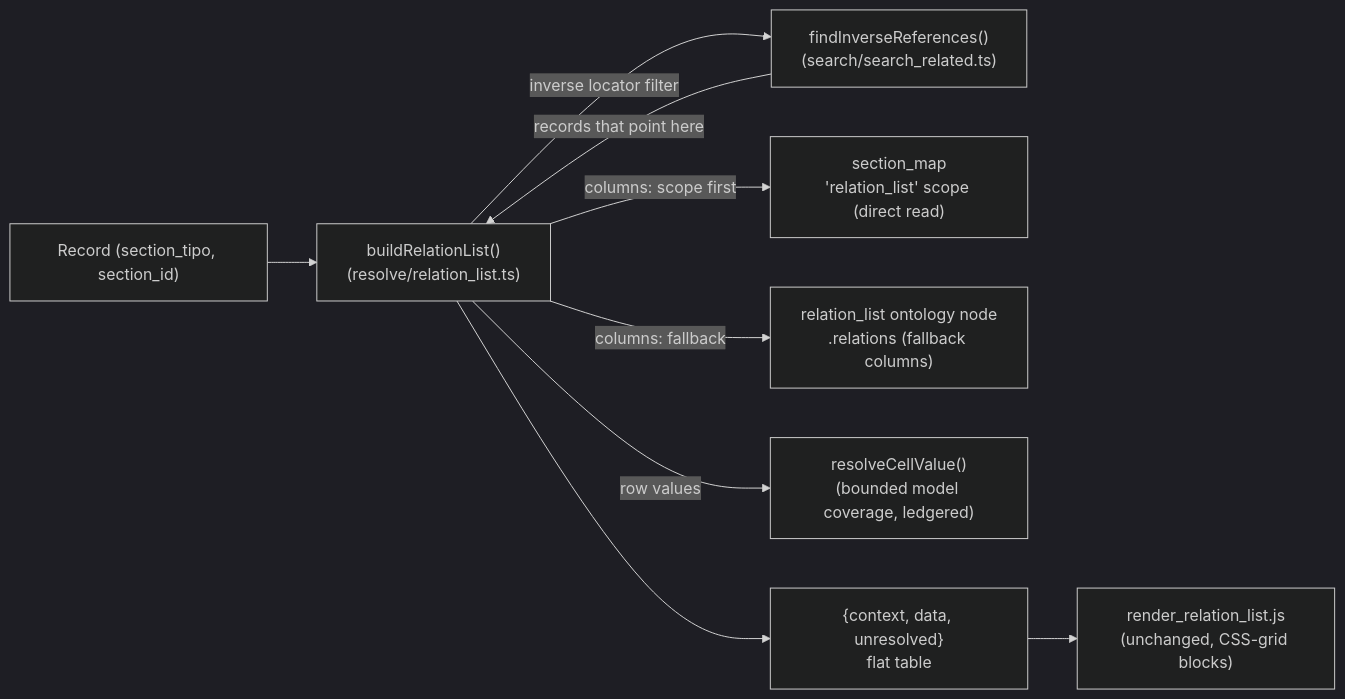
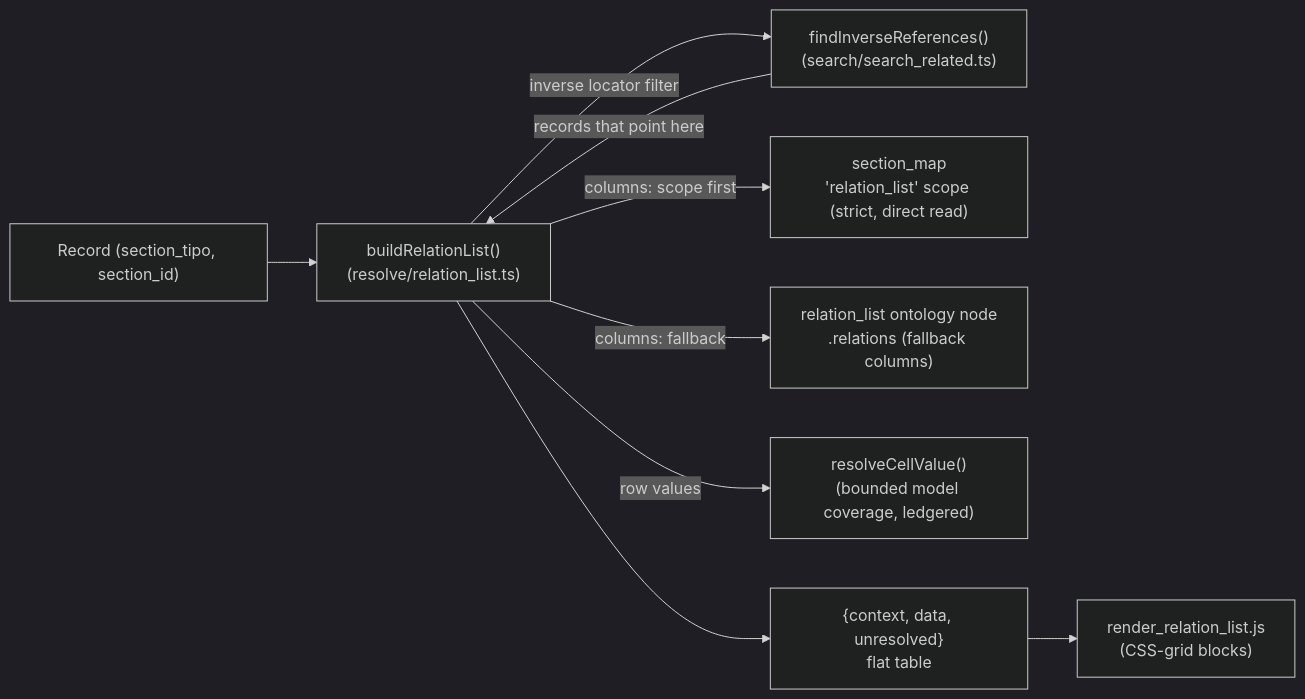
Before and after one commit to renderpci/dedalo: the diagram in docs/core/ontology/relation_list.md, drawn with Mermaid (dark theme). The commit also changed other lines of this file and 7 other files, not shown here.

````diff
--- a/docs/core/ontology/relation_list.md
+++ b/docs/core/ontology/relation_list.md
@@ -242,19 +220,19 @@
 ```mermaid
 flowchart LR
     REC["Record (section_tipo, section_id)"]
     RL["buildRelationList()<br/>(resolve/relation_list.ts)"]
     SR["findInverseReferences()<br/>(search/search_related.ts)"]
-    SM["section_map<br/>'relation_list' scope (direct read)"]
+    SM["section_map<br/>'relation_list' scope (strict, direct read)"]
     ONT["relation_list ontology node<br/>.relations (fallback columns)"]
     CELL["resolveCellValue()<br/>(bounded model coverage, ledgered)"]
     JSON["{context, data, unresolved}<br/>flat table"]
-    JS["render_relation_list.js<br/>(unchanged, CSS-grid blocks)"]
+    JS["render_relation_list.js<br/>(CSS-grid blocks)"]
 
     REC --> RL
     RL -->|"inverse locator filter"| SR
     SR -->|"records that point here"| RL
     RL -->|"columns: scope first"| SM
     RL -->|"columns: fallback"| ONT
     RL -->|"row values"| CELL
     RL --> JSON --> JS
 ```
````
